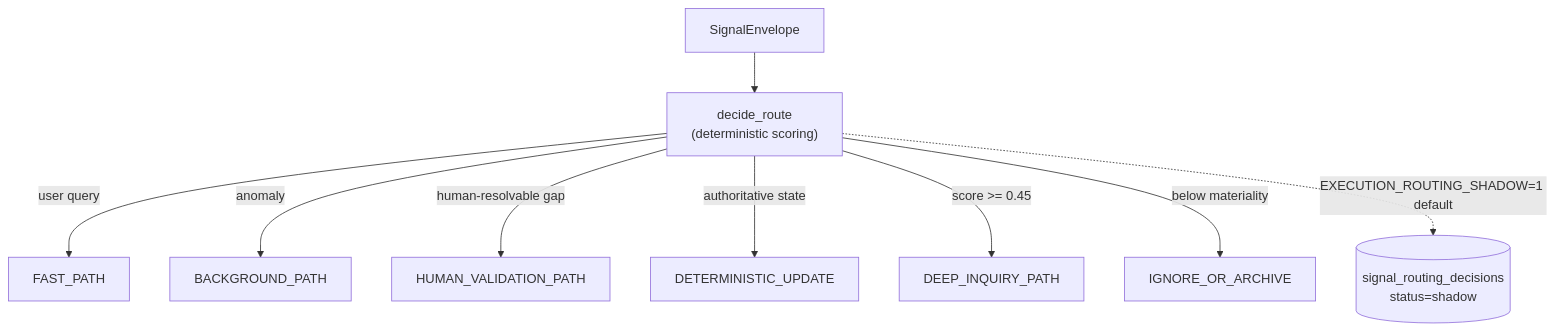
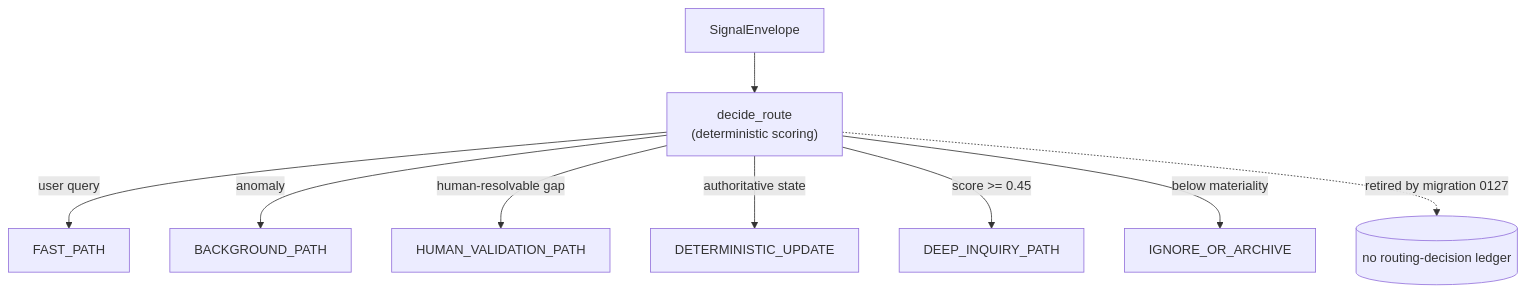
One commit to Fyralisinc/fyraliscore changed the eighth of 13 diagrams in docs/reference/FYRALIS.md. Above: the diagram before and after it, drawn with Mermaid. The commit also changed other lines of this file and 23 other files, not shown here.

Commit message:
docs: architecture/reference updates + new plans (capability, learning-loops, think-cost, production-refactor) and ADR 0004

````diff
--- a/docs/reference/FYRALIS.md
+++ b/docs/reference/FYRALIS.md
@@ -784,11 +784,11 @@
 ```mermaid
 graph TD
     SIG["SignalEnvelope"] --> DR["decide_route<br/>(deterministic scoring)"]
     DR -->|user query| FP[FAST_PATH]
     DR -->|anomaly| BG[BACKGROUND_PATH]
     DR -->|human-resolvable gap| HV[HUMAN_VALIDATION_PATH]
     DR -->|authoritative state| DU[DETERMINISTIC_UPDATE]
     DR -->|score >= 0.45| DI[DEEP_INQUIRY_PATH]
     DR -->|below materiality| IA[IGNORE_OR_ARCHIVE]
-    DR -.->|EXECUTION_ROUTING_SHADOW=1 default| SRD[("signal_routing_decisions<br/>status=shadow")]
+    DR -.->|retired by migration 0127| SRD[("no routing-decision ledger")]
 ```
````
